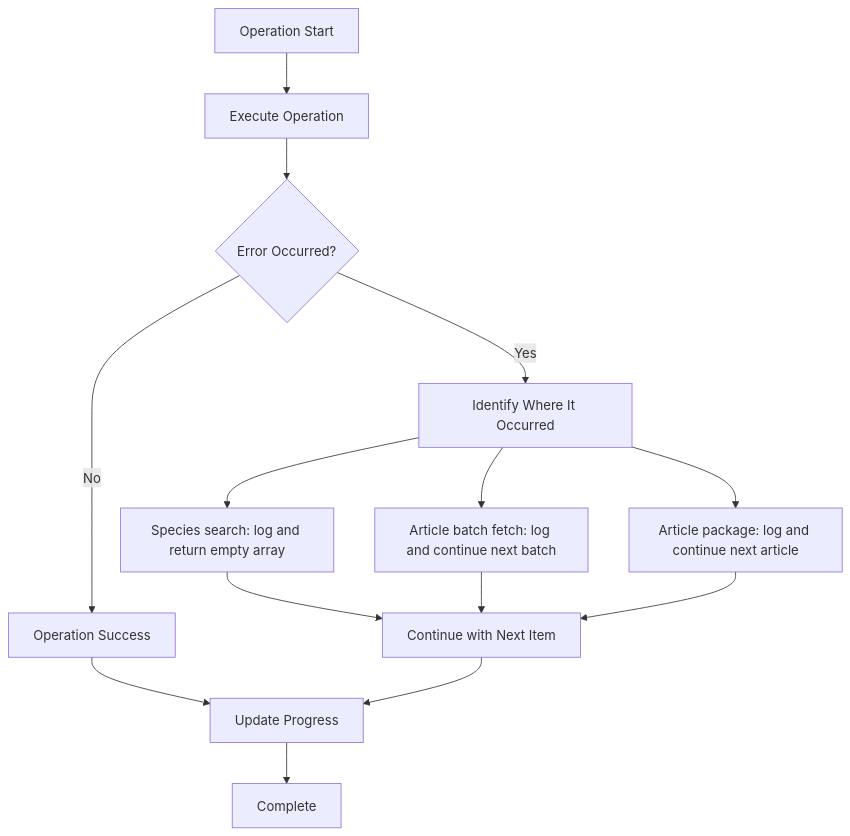
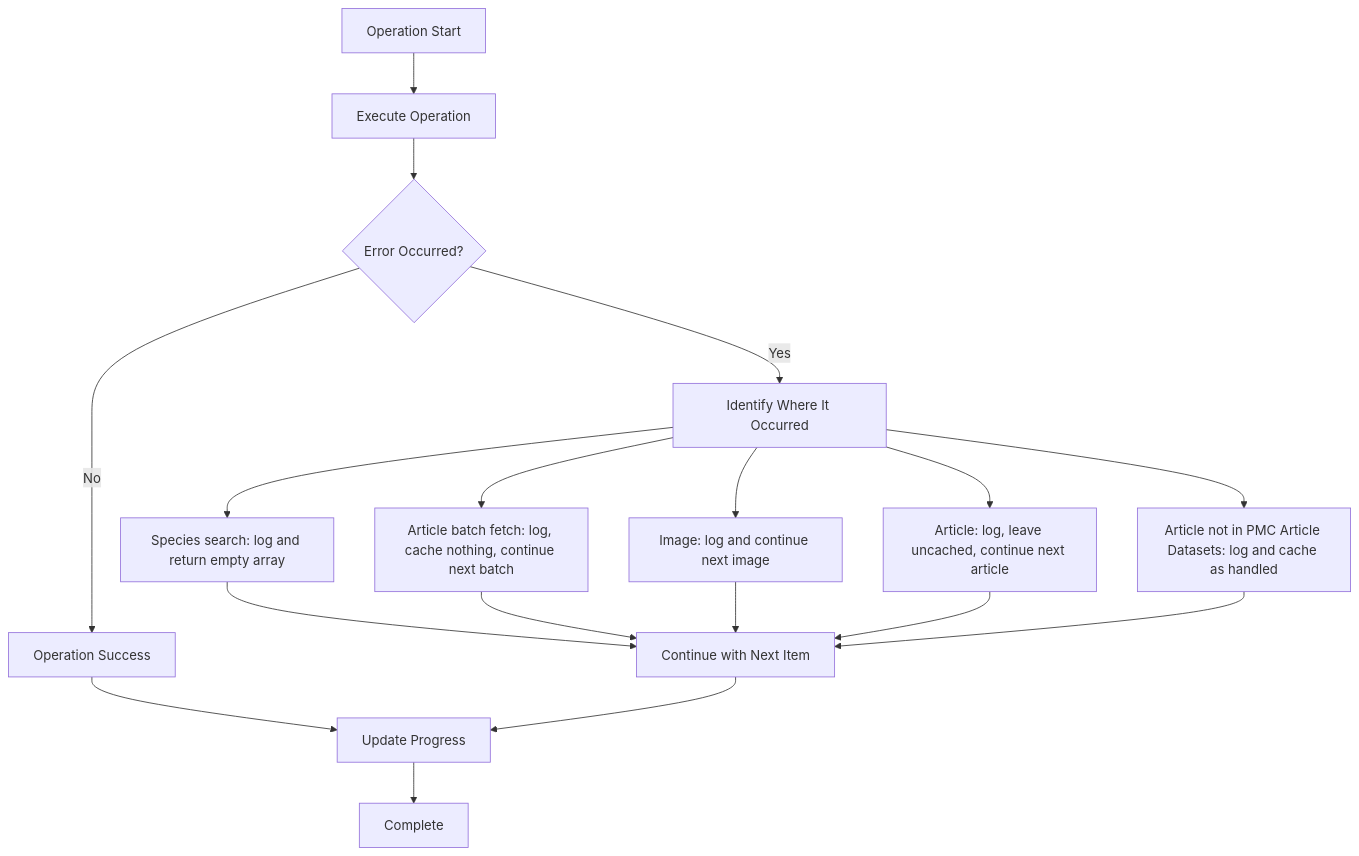
Before and after one commit to AlexJSully/Publication-Figure-Retrieval: the seventh of 12 diagrams in docs/architecture/pipelines.md, drawn with Mermaid. The commit also changed other lines of this file and 28 other files, not shown here.

First line of the commit message:
Fix unable to retrieve figure publication images (#242)

````diff
--- a/docs/architecture/pipelines.md
+++ b/docs/architecture/pipelines.md
@@ -184,22 +201,26 @@
 ```mermaid
 graph TD
     accTitle: Error Recovery Workflow
-    accDescr: When an operation runs and an error occurs, the tool identifies where it happened and logs it with console.error or console.log, then continues with the next item. A species search error returns an empty array, a batch fetch error continues with the next batch, and an article package error continues with the next article. Missing output and cache directories are created on demand before writes. The tool does not back off or retry.
+    accDescr: When an operation runs and an error occurs, the tool identifies where it happened and logs it with console.error or console.log, then continues with the next item. A species search error returns an empty array. A batch fetch error caches nothing from the batch and continues with the next batch. An image that fails to download or verify is logged and the remaining images of the article are still downloaded. An article error is logged and the article is left uncached before the next article, except an article that is not in the PMC Article Datasets, which is logged and cached as handled. The cache directory is created when the cache file is missing, and an article's output directory is created when its first verified image is written. The tool does not back off or retry within a run; uncached articles are retried on the next run.
 
     A[Operation Start] --> B[Execute Operation]
     B --> C{Error Occurred?}
 
     C -->|No| D[Operation Success]
     C -->|Yes| E[Identify Where It Occurred]
 
     E --> F[Species search: log and return empty array]
-    E --> G[Article batch fetch: log and continue next batch]
-    E --> H[Article package: log and continue next article]
+    E --> G[Article batch fetch: log, cache nothing, continue next batch]
+    E --> R[Image: log and continue next image]
+    E --> H[Article: log, leave uncached, continue next article]
+    E --> S[Article not in PMC Article Datasets: log and cache as handled]
 
     F --> O[Continue with Next Item]
     G --> O
+    R --> O
     H --> O
+    S --> O
     D --> P[Update Progress]
     O --> P
     P --> Q[Complete]
 ```
````
